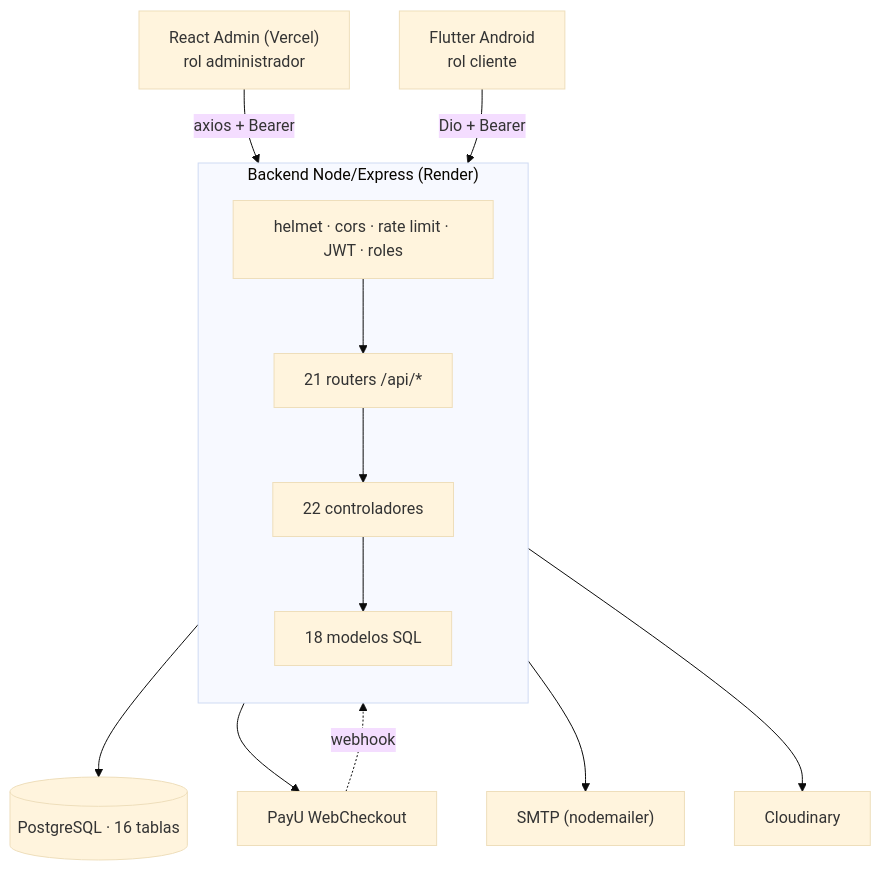
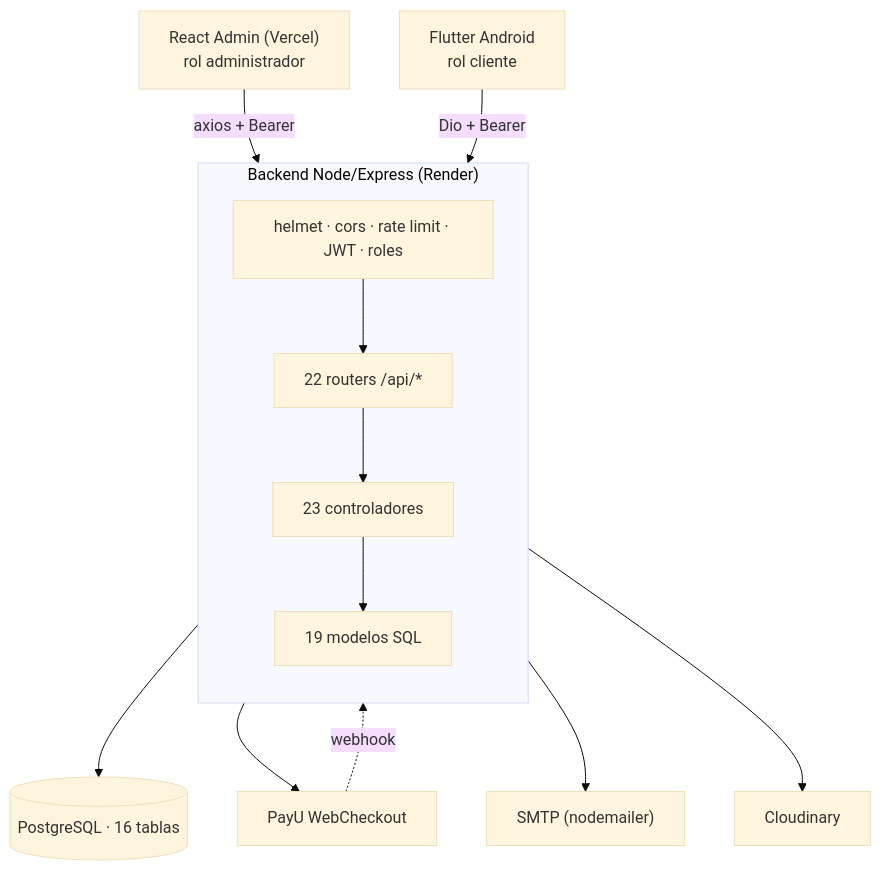
The diagram in docs/architecture/graphs/general-architecture.mmd (jimenezvegaedinson7-dot/librer-a), drawn with Mermaid (base theme) before and after one commit. The commit also changed 57 other files, not shown here.

```diff
--- a/docs/architecture/graphs/general-architecture.mmd
+++ b/docs/architecture/graphs/general-architecture.mmd
@@ -1,19 +1,19 @@
 %% Generado 2026-10-02 desde el código real (actualizar-mapa.mjs)
 flowchart TB
     DB[("PostgreSQL · 16 tablas")]
     subgraph API["Backend Node/Express (Render)"]
         direction TB
         MW["helmet · cors · rate limit · JWT · roles"]
-        R["21 routers /api/*"]
-        C["22 controladores"]
-        M["18 modelos SQL"]
+        R["22 routers /api/*"]
+        C["23 controladores"]
+        M["19 modelos SQL"]
         MW --> R --> C --> M
     end
     M --> DB
     EXT1["PayU WebCheckout"]
     EXT2["SMTP (nodemailer)"]
     EXT3["Cloudinary"]
     C --> EXT1 & EXT2 & EXT3
     EXT1 -. webhook .-> R
     REACT["React Admin (Vercel)<br/>rol administrador"] -->|"axios + Bearer"| MW
     FLUTTER["Flutter Android<br/>rol cliente"] -->|"Dio + Bearer"| MW
```
